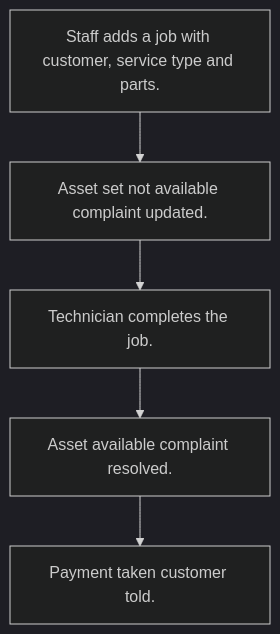
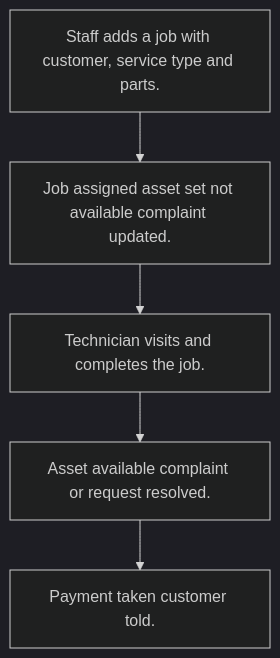
The diagram in neome-studio/reference/template-bank/template-modules/TMOD-service-job-work.md (AadityaParmar/studio-agent), drawn with Mermaid (dark theme) before and after one commit. The commit also changed other lines of this file and 94 other files, not shown here.

````diff
--- a/neome-studio/reference/template-bank/template-modules/TMOD-service-job-work.md
+++ b/neome-studio/reference/template-bank/template-modules/TMOD-service-job-work.md
@@ -46,12 +52,12 @@
 ```mermaid
 flowchart TD
   A["Staff adds a job with customer, service type and parts."]
-  B["Asset set not available complaint updated."]
-  C["Technician completes the job."]
-  D["Asset available complaint resolved."]
+  B["Job assigned asset set not available complaint updated."]
+  C["Technician visits and completes the job."]
+  D["Asset available complaint or request resolved."]
   E["Payment taken customer told."]
   A --> B
   B --> C
   C --> D
   D --> E
 ```
````
